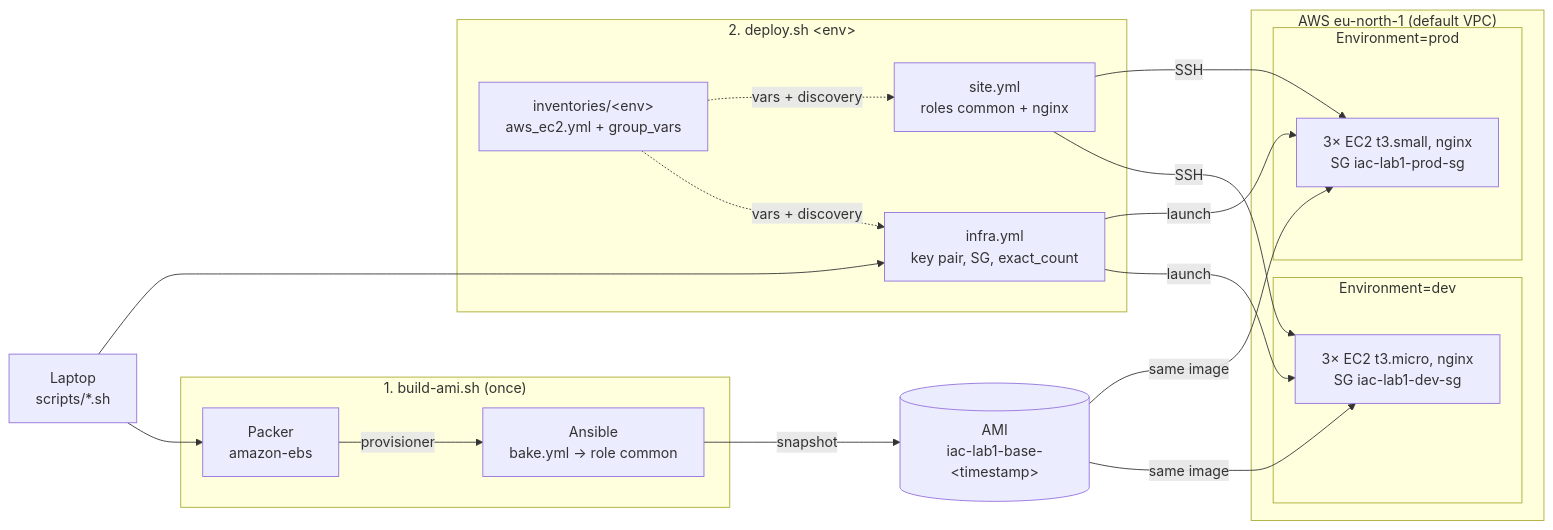
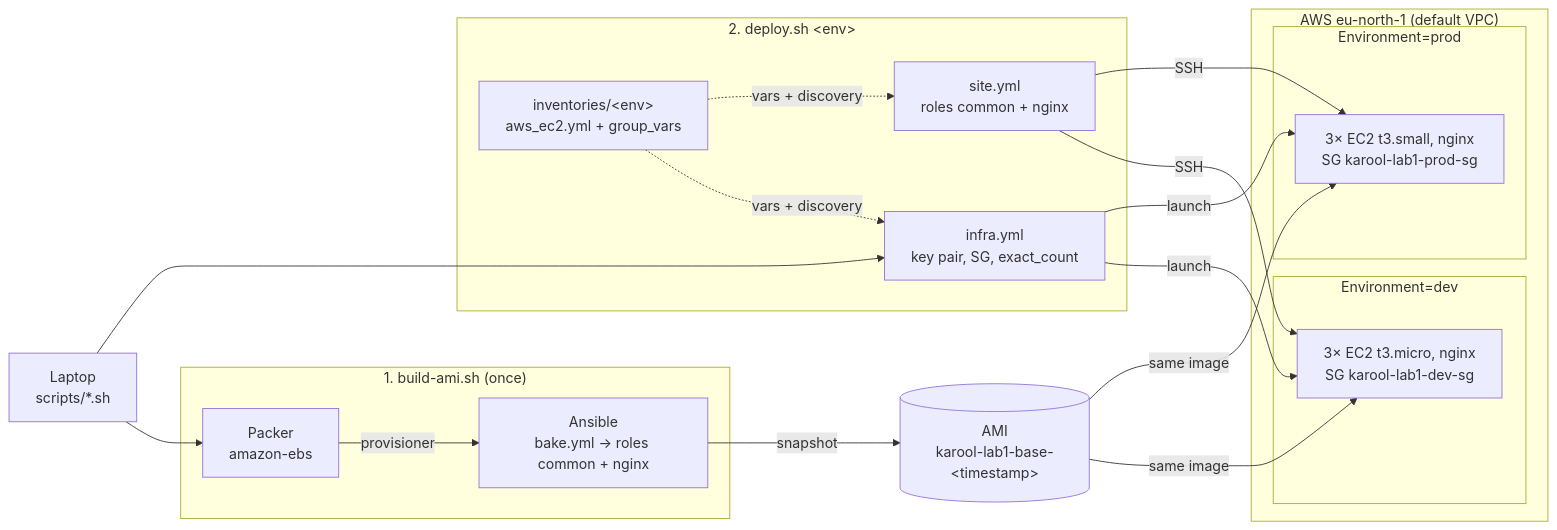
One commit to KarlErikOol/ICA0024 changed the diagram in LAB1/README.md. Above: the diagram before and after it, drawn with Mermaid. The commit also changed other lines of this file and 24 other files, not shown here.

````diff
--- a/LAB1/README.md
+++ b/LAB1/README.md
@@ -10,35 +10,35 @@
 ```mermaid
 flowchart LR
     laptop["Laptop<br/>scripts/*.sh"]
 
     subgraph build["1. build-ami.sh (once)"]
         packer["Packer<br/>amazon-ebs"]
-        bake["Ansible<br/>bake.yml → role common"]
+        bake["Ansible<br/>bake.yml → roles common + nginx"]
         packer -->|provisioner| bake
     end
 
-    ami[("AMI<br/>iac-lab1-base-&lt;timestamp&gt;")]
+    ami[("AMI<br/>karool-lab1-base-&lt;timestamp&gt;")]
 
     subgraph deploy["2. deploy.sh &lt;env&gt;"]
         inv["inventories/&lt;env&gt;<br/>aws_ec2.yml + group_vars"]
         infra["infra.yml<br/>key pair, SG, exact_count"]
         site["site.yml<br/>roles common + nginx"]
     end
 
     subgraph aws["AWS eu-north-1 (default VPC)"]
         subgraph dev["Environment=dev"]
-            d["3× EC2 t3.micro, nginx<br/>SG iac-lab1-dev-sg"]
+            d["3× EC2 t3.micro, nginx<br/>SG karool-lab1-dev-sg"]
         end
         subgraph prod["Environment=prod"]
-            p["3× EC2 t3.small, nginx<br/>SG iac-lab1-prod-sg"]
+            p["3× EC2 t3.small, nginx<br/>SG karool-lab1-prod-sg"]
         end
     end
 
     laptop --> packer
     bake -->|snapshot| ami
     laptop --> infra
     inv -.->|vars + discovery| infra & site
     ami -->|same image| d & p
     infra -->|launch| d & p
     site -->|SSH| d & p
 ```
````
